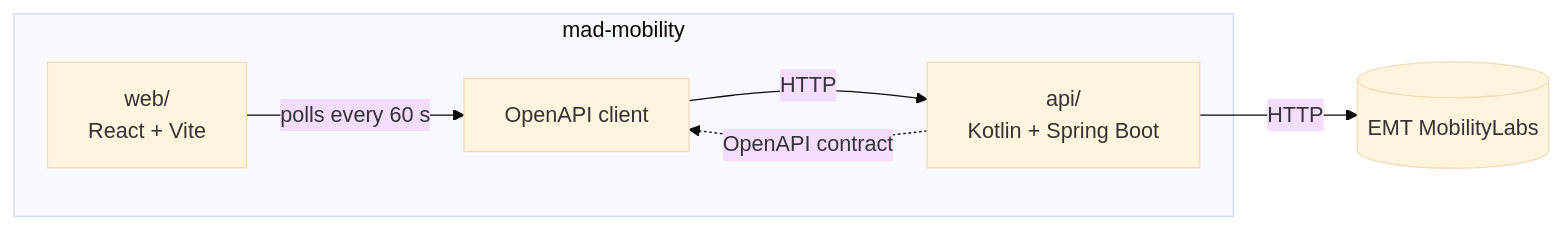
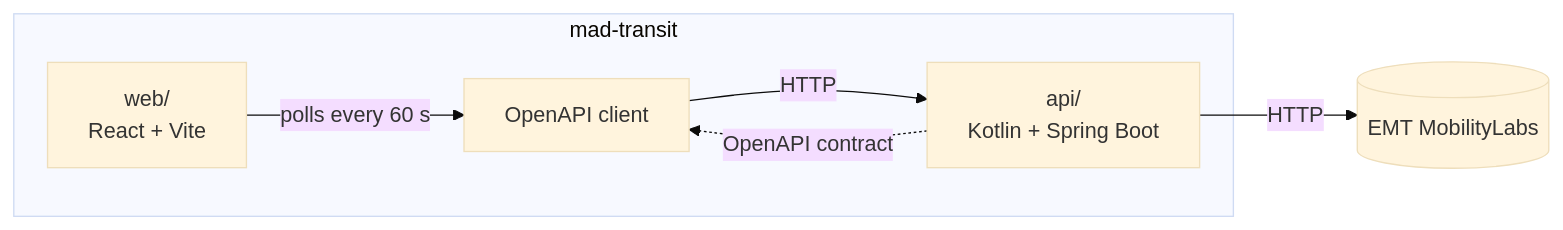
The diagram in README.md (jorgetroya80/mad-mobility), drawn with Mermaid (base theme) before and after one commit. The commit also changed other lines of this file and 16 other files, not shown here.

First line of the commit message:
docs: rename the product to mad transit (#71)

````diff
--- a/README.md
+++ b/README.md
@@ -43,14 +43,14 @@
 ```mermaid
 flowchart LR
-    subgraph repo[mad-mobility]
+    subgraph repo[mad-transit]
         web["web/<br/>React + Vite"]
         client["OpenAPI client"]
         api["api/<br/>Kotlin + Spring Boot"]
     end
     emt[(EMT MobilityLabs)]
 
     web -->|polls every 60 s| client
     client -->|HTTP| api
     api -->|HTTP| emt
     api -. OpenAPI contract .-> client
 ```
````
